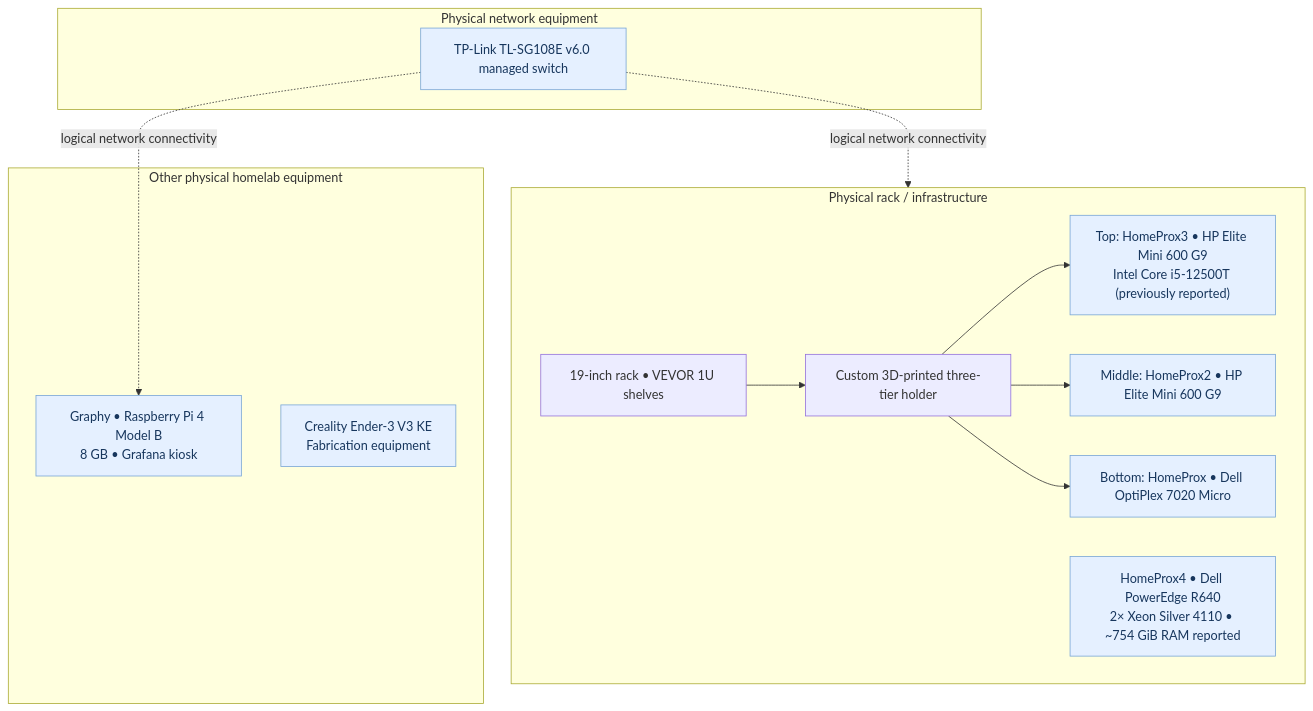
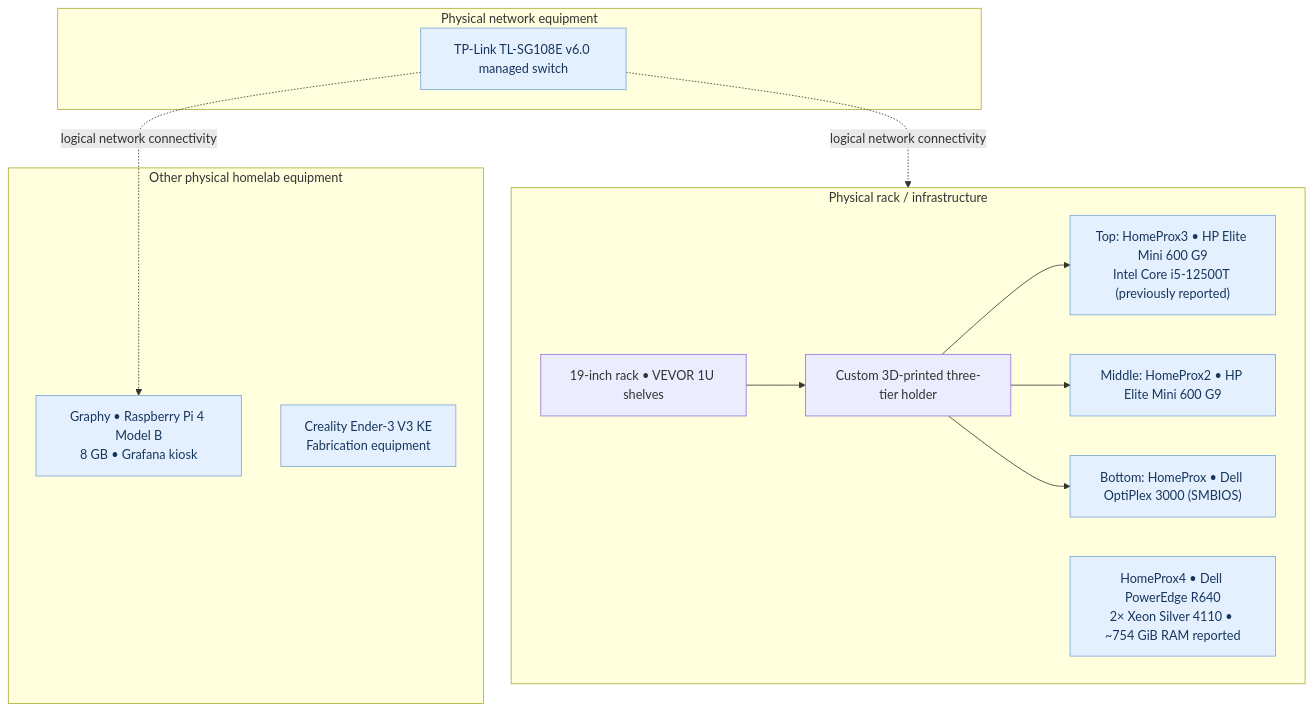
One commit to samuelkemp1619/HOMELAB-PORTFOLIO changed the second of 2 diagrams in network/diagrams/README.md. Above: the diagram before and after it, drawn with Mermaid. The commit also changed other lines of this file, not shown here.

Commit message:
Record verified HomeProx hardware and correct Dell model

````diff
--- a/network/diagrams/README.md
+++ b/network/diagrams/README.md
@@ -54,26 +54,26 @@
 ```mermaid
 flowchart TB
     subgraph RACK["Physical rack / infrastructure"]
         SHELVES["19-inch rack • VEVOR 1U shelves"]
         HOLDER["Custom 3D-printed three-tier holder"]
         H3["Top: HomeProx3 • HP Elite Mini 600 G9<br/>Intel Core i5-12500T (previously reported)"]
         H2["Middle: HomeProx2 • HP Elite Mini 600 G9"]
-        H1["Bottom: HomeProx • Dell OptiPlex 7020 Micro"]
+        H1["Bottom: HomeProx • Dell OptiPlex 3000 (SMBIOS)"]
         R640["HomeProx4 • Dell PowerEdge R640<br/>2× Xeon Silver 4110 • ~754 GiB RAM reported"]
         SHELVES --> HOLDER
         HOLDER --> H3
         HOLDER --> H2
         HOLDER --> H1
     end
     subgraph NETWORK_HW["Physical network equipment"]
         SWITCH_HW["TP-Link TL-SG108E v6.0 managed switch"]
     end
     subgraph OTHER_HW["Other physical homelab equipment"]
         PI4["Graphy • Raspberry Pi 4 Model B<br/>8 GB • Grafana kiosk"]
         PRINTER["Creality Ender-3 V3 KE<br/>Fabrication equipment"]
     end
     SWITCH_HW -. "logical network connectivity" .-> RACK
     SWITCH_HW -. "logical network connectivity" .-> PI4
     classDef platform fill:#e5f0ff,color:#17365d,stroke:#77a5d6
     class H1,H2,H3,R640,SWITCH_HW,PI4,PRINTER platform
 ```
````
